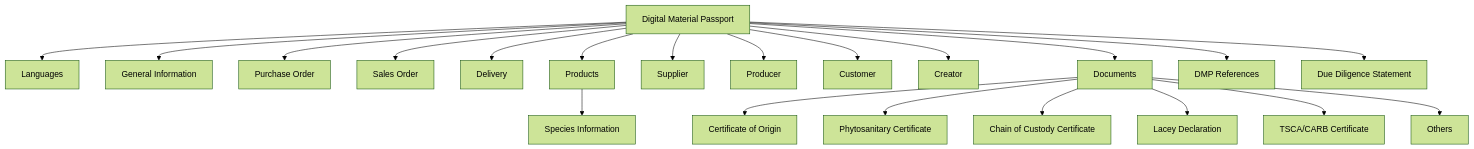
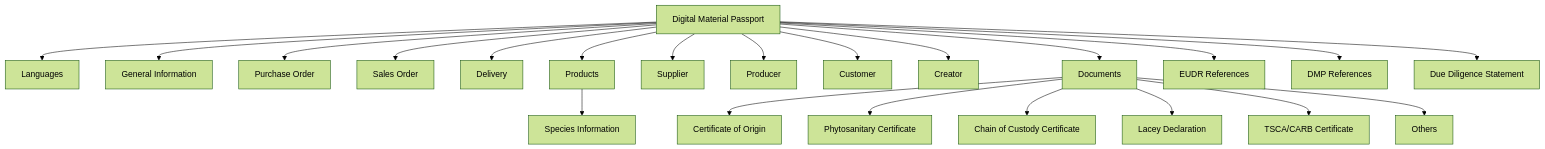
One commit to material-identity/material-identity.github.io changed the second of 2 diagrams in docs/forestry/index.md. Above: the diagram before and after it, drawn with Mermaid. The commit also changed other lines of this file, not shown here.

Commit message:
Update with new property EUDRReferences

````diff
--- a/docs/forestry/index.md
+++ b/docs/forestry/index.md
@@ -234,24 +235,25 @@
 ```mermaid
 %%{init: {'theme':'forest'}}%%
 graph TD
     DMP[Digital Material Passport]-->Languages[Languages]
     DMP-->GeneralInfo[General Information]
     DMP-->PO[Purchase Order]
     DMP-->SO[Sales Order]
     DMP-->Delivery[Delivery]
     DMP-->Products[Products]
     Products-->Species[Species Information]
     DMP-->Supplier[Supplier]
     DMP-->Producer[Producer]
     DMP-->Customer[Customer]
     DMP-->Creator[Creator]
     DMP-->Documents[Documents]
     Documents-->CoO[Certificate of Origin]
     Documents-->Phyto[Phytosanitary Certificate]
     Documents-->CoC[Chain of Custody Certificate]
     Documents-->Lacey[Lacey Declaration]
     Documents-->TSCA[TSCA/CARB Certificate]
     Documents-->Others[Others]
+    DMP-->EUDRReferences[EUDR References]
     DMP-->DMPReferences[DMP References]
     DMP-->DueDiligence[Due Diligence Statement]
 ```
````
